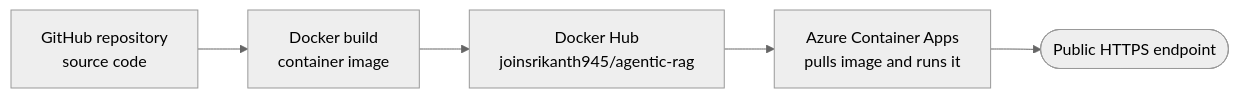
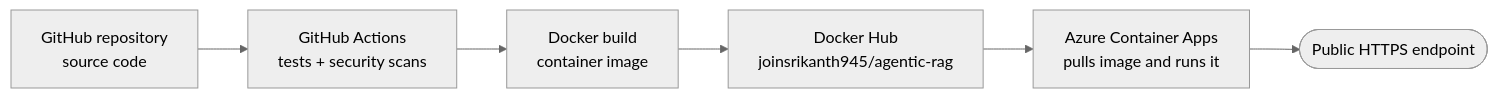
One commit to joinsrikanth945/Wealth-agentic-rag changed the third of 3 diagrams in README.md. Above: the diagram before and after it, drawn with Mermaid (neutral theme). The commit also changed other lines of this file, not shown here.

````diff
--- a/README.md
+++ b/README.md
@@ -250,7 +303,7 @@
 ```mermaid
 flowchart LR
-    A[GitHub repository<br/>source code] --> B[Docker build<br/>container image]
+    A[GitHub repository<br/>source code] --> G[GitHub Actions<br/>tests + security scans] --> B[Docker build<br/>container image]
     B --> C[Docker Hub<br/>joinsrikanth945/agentic-rag]
     C --> D[Azure Container Apps<br/>pulls image and runs it]
     D --> E([Public HTTPS endpoint])
 ```
````
